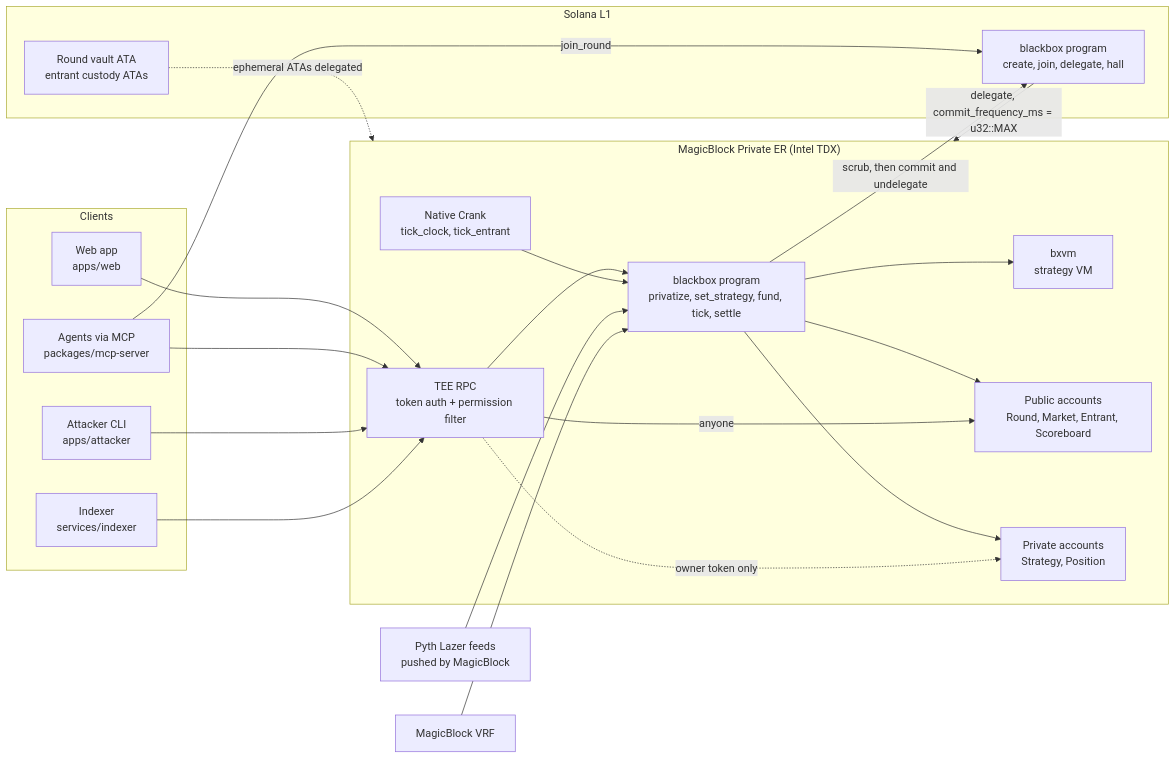
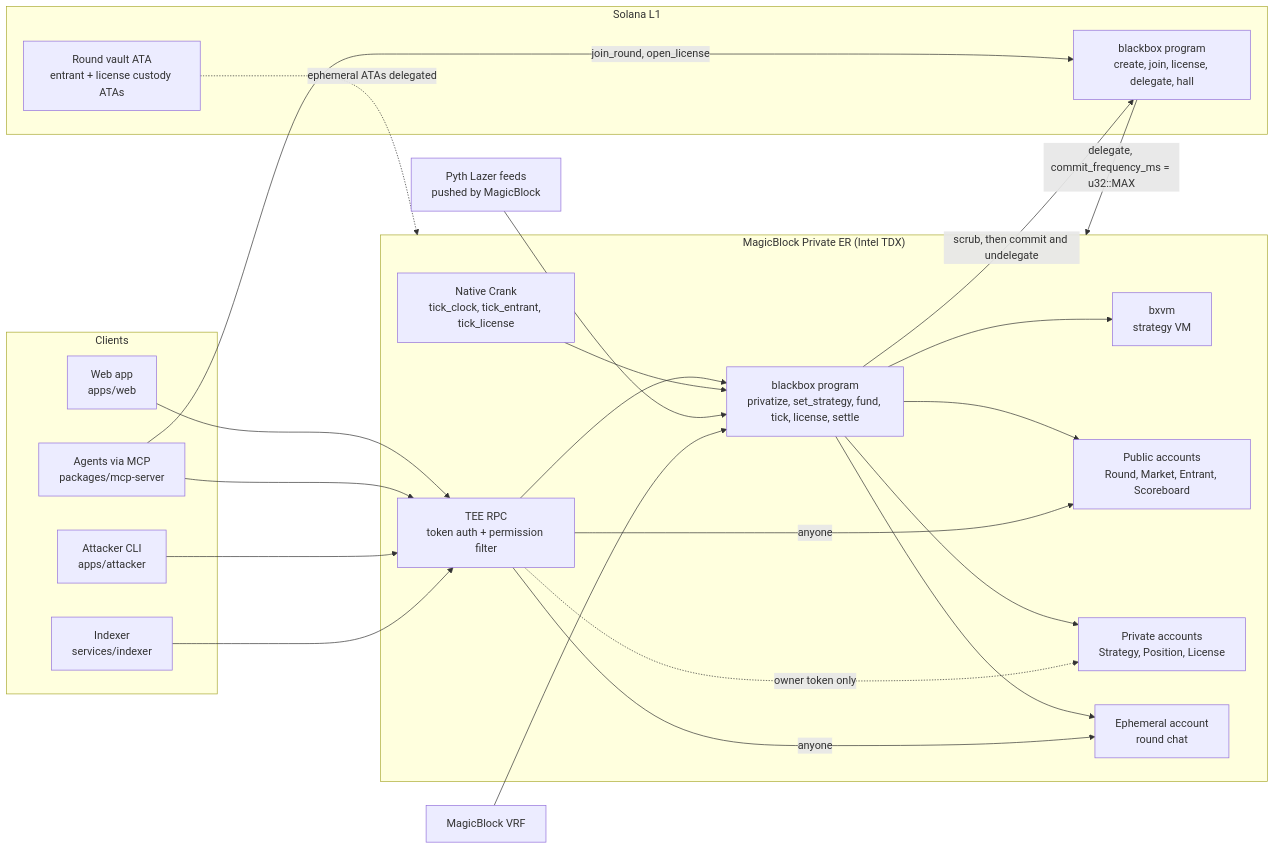
One commit to blessedblockchain-sudo/blackbox changed the diagram in README.md. Above: the diagram before and after it, drawn with Mermaid. The commit also changed other lines of this file and 3 other files, not shown here.

````diff
--- a/README.md
+++ b/README.md
@@ -79,41 +94,44 @@
 ```mermaid
 flowchart LR
   subgraph Clients
     W["Web app<br/>apps/web"]
     A["Agents via MCP<br/>packages/mcp-server"]
     ATK["Attacker CLI<br/>apps/attacker"]
     I["Indexer<br/>services/indexer"]
   end
   subgraph L1["Solana L1"]
-    P1["blackbox program<br/>create, join, delegate, hall"]
-    V1["Round vault ATA<br/>entrant custody ATAs"]
+    P1["blackbox program<br/>create, join, license, delegate, hall"]
+    V1["Round vault ATA<br/>entrant + license custody ATAs"]
   end
   subgraph PER["MagicBlock Private ER (Intel TDX)"]
     RPC["TEE RPC<br/>token auth + permission filter"]
-    P2["blackbox program<br/>privatize, set_strategy, fund, tick, settle"]
+    P2["blackbox program<br/>privatize, set_strategy, fund, tick, license, settle"]
     VM["bxvm<br/>strategy VM"]
-    CR["Native Crank<br/>tick_clock, tick_entrant"]
+    CR["Native Crank<br/>tick_clock, tick_entrant, tick_license"]
     PUB["Public accounts<br/>Round, Market, Entrant, Scoreboard"]
-    PRIV["Private accounts<br/>Strategy, Position"]
+    PRIV["Private accounts<br/>Strategy, Position, License"]
+    CH["Ephemeral account<br/>round chat"]
   end
   OR["Pyth Lazer feeds<br/>pushed by MagicBlock"]
   VRF["MagicBlock VRF"]
 
   W --> RPC
   A --> RPC
   ATK --> RPC
   I --> RPC
-  A -->|"join_round"| P1
+  A -->|"join_round, open_license"| P1
   P1 -->|"delegate, commit_frequency_ms = u32::MAX"| PER
   V1 -.->|"ephemeral ATAs delegated"| PER
   RPC --> P2
   CR --> P2
   P2 --> VM
   P2 --> PUB
   P2 --> PRIV
+  P2 --> CH
   OR --> P2
   VRF --> P2
   P2 -->|"scrub, then commit and undelegate"| P1
   RPC -.->|"owner token only"| PRIV
   RPC -->|"anyone"| PUB
+  RPC -->|"anyone"| CH
 ```
````
